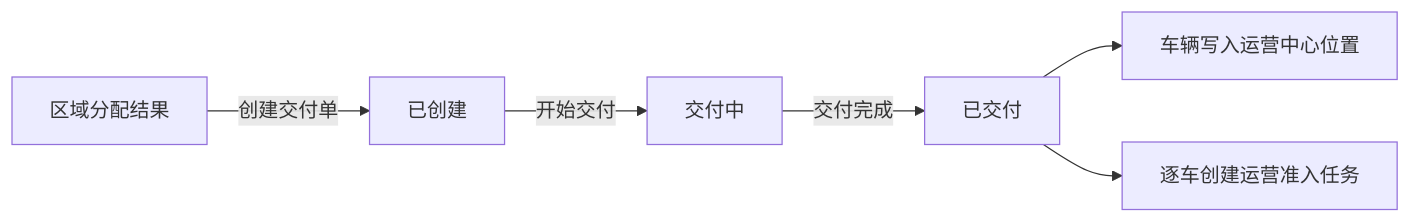
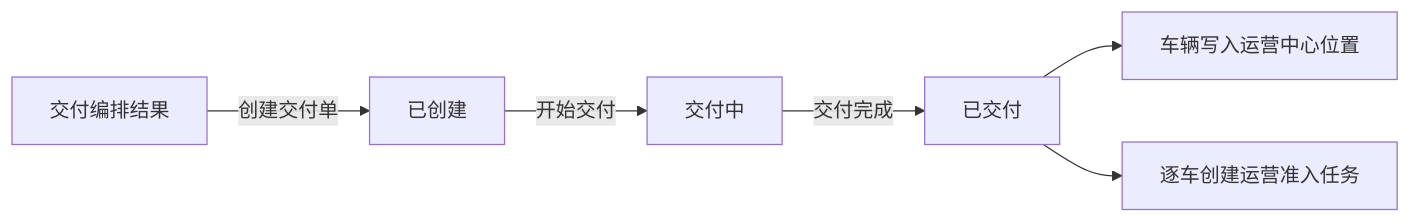
One commit to Chizheng4/robotaxi changed the diagram in doc/04-fleet-supply-management/04-robotaxi-delivery-order.md. Above: the diagram before and after it, drawn with Mermaid. The commit also changed other lines of this file and 35 other files, not shown here.

````diff
--- a/doc/04-fleet-supply-management/04-robotaxi-delivery-order.md
+++ b/doc/04-fleet-supply-management/04-robotaxi-delivery-order.md
@@ -7,8 +7,8 @@
 ```mermaid
 flowchart LR
-  A["区域分配结果"] -->|创建交付单| B["已创建"]
+  A["交付编排结果"] -->|创建交付单| B["已创建"]
   B -->|开始交付| C["交付中"]
   C -->|交付完成| D["已交付"]
   D --> E["车辆写入运营中心位置"]
   D --> F["逐车创建运营准入任务"]
 ```
````
